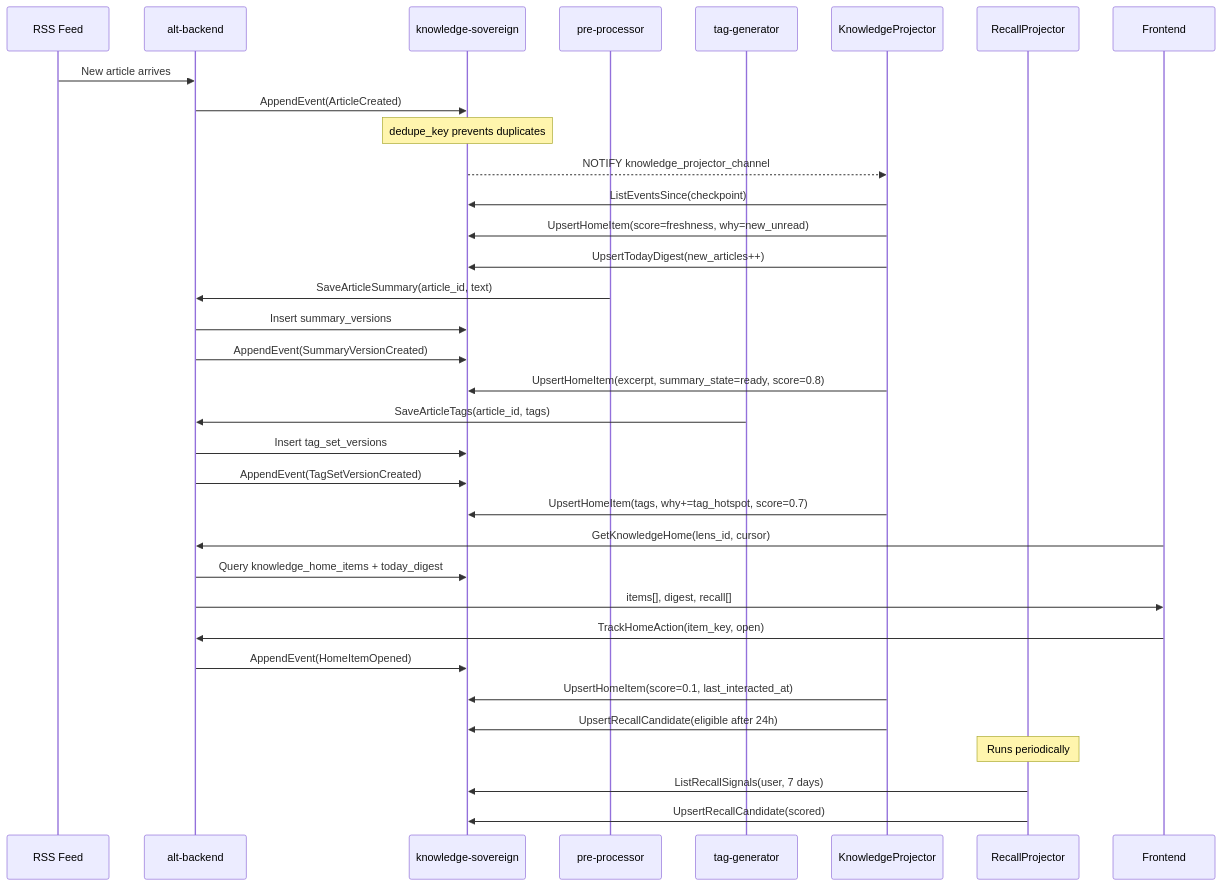
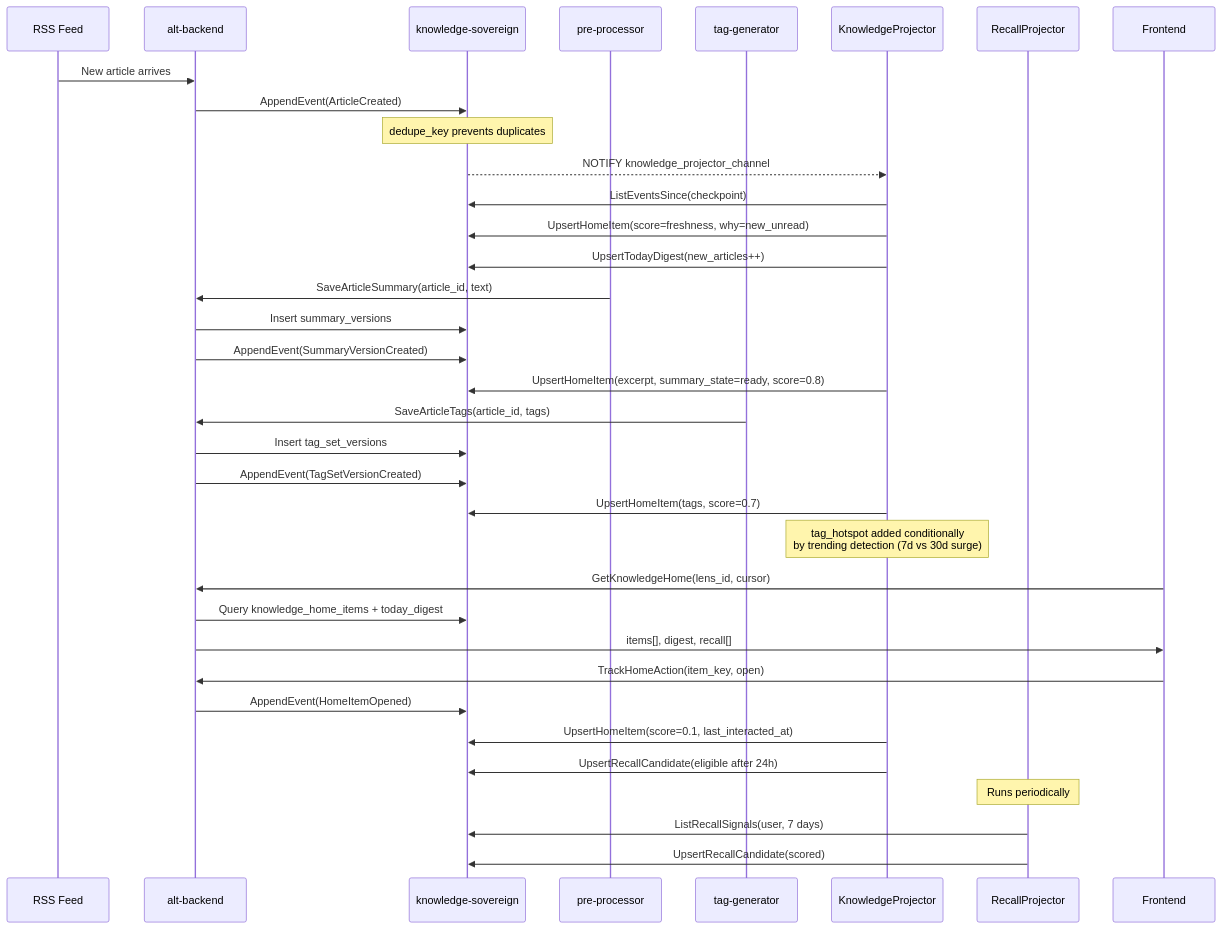
One commit to Kaikei-e/Alt changed the first of 2 diagrams in docs/features/knowledge-home/data-flow.md. Above: the diagram before and after it, drawn with Mermaid. The commit also changed other lines of this file and 4 other files, not shown here.

````diff
--- a/docs/features/knowledge-home/data-flow.md
+++ b/docs/features/knowledge-home/data-flow.md
@@ -31,43 +31,44 @@
 ```mermaid
 sequenceDiagram
   participant RSS as RSS Feed
   participant AB as alt-backend
   participant KS as knowledge-sovereign
   participant PP as pre-processor
   participant TG as tag-generator
   participant KP as KnowledgeProjector
   participant RP as RecallProjector
   participant FE as Frontend
 
   RSS->>AB: New article arrives
   AB->>KS: AppendEvent(ArticleCreated)
   Note over KS: dedupe_key prevents duplicates
 
   KS-->>KP: NOTIFY knowledge_projector_channel
   KP->>KS: ListEventsSince(checkpoint)
   KP->>KS: UpsertHomeItem(score=freshness, why=new_unread)
   KP->>KS: UpsertTodayDigest(new_articles++)
 
   PP->>AB: SaveArticleSummary(article_id, text)
   AB->>KS: Insert summary_versions
   AB->>KS: AppendEvent(SummaryVersionCreated)
   KP->>KS: UpsertHomeItem(excerpt, summary_state=ready, score=0.8)
 
   TG->>AB: SaveArticleTags(article_id, tags)
   AB->>KS: Insert tag_set_versions
   AB->>KS: AppendEvent(TagSetVersionCreated)
-  KP->>KS: UpsertHomeItem(tags, why+=tag_hotspot, score=0.7)
+  KP->>KS: UpsertHomeItem(tags, score=0.7)
+  Note over KP: tag_hotspot added conditionally<br/>by trending detection (7d vs 30d surge)
 
   FE->>AB: GetKnowledgeHome(lens_id, cursor)
   AB->>KS: Query knowledge_home_items + today_digest
   AB->>FE: items[], digest, recall[]
 
   FE->>AB: TrackHomeAction(item_key, open)
   AB->>KS: AppendEvent(HomeItemOpened)
   KP->>KS: UpsertHomeItem(score=0.1, last_interacted_at)
   KP->>KS: UpsertRecallCandidate(eligible after 24h)
 
   Note over RP: Runs periodically
   RP->>KS: ListRecallSignals(user, 7 days)
   RP->>KS: UpsertRecallCandidate(scored)
 ```
````
